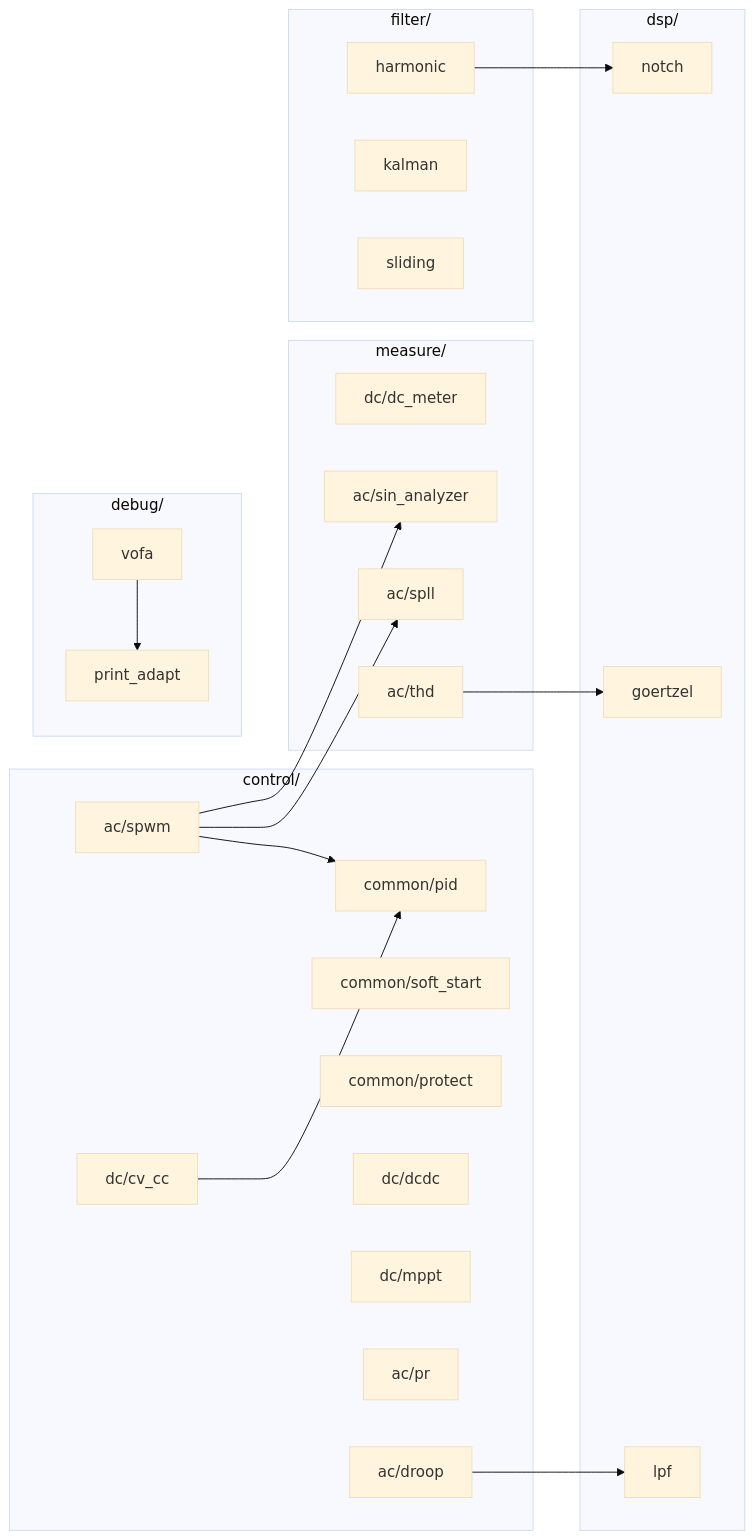
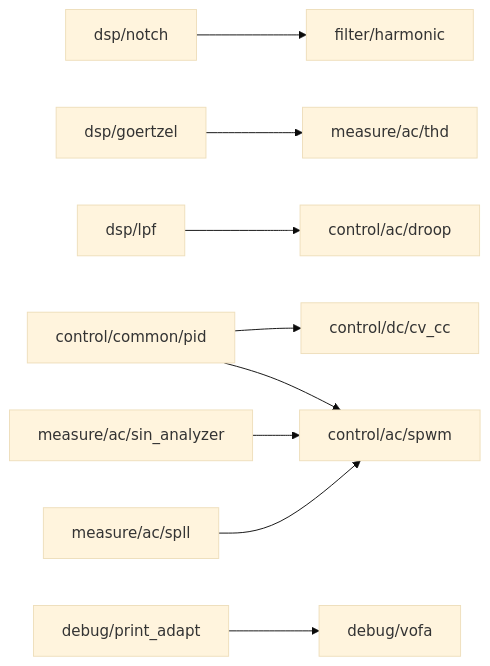
Before and after one commit to Gold-RsC/diansai_learning: the second of 3 diagrams in README.md, drawn with Mermaid (base theme). The commit also changed other lines of this file, not shown here.

First line of the commit message:
docs: README 依赖图简化

````diff
--- a/README.md
+++ b/README.md
@@ -72,49 +43,13 @@
 ```mermaid
 flowchart LR
-    subgraph DSP["dsp/"]
-        NOTCH["notch"]
-        GOERTZEL["goertzel"]
-        LPF["lpf"]
-    end
+    NOTCH["dsp/notch"] --> HARMONIC["filter/harmonic"]
+    GOERTZEL["dsp/goertzel"] --> THD["measure/ac/thd"]
+    LPF["dsp/lpf"] --> DROOP["control/ac/droop"]
 
-    subgraph FIL["filter/"]
-        HARMONIC["harmonic"]
-        KALMAN["kalman"]
-        SLIDING["sliding"]
-    end
+    PID["control/common/pid"] --> CVCC["control/dc/cv_cc"]
+    PID --> SPWM["control/ac/spwm"]
+    SIN["measure/ac/sin_analyzer"] --> SPWM
+    SPLL["measure/ac/spll"] --> SPWM
 
-    subgraph CTRL["control/"]
-        PID["common/pid"]
-        SOFT["common/soft_start"]
-        PROT["common/protect"]
-        DCDC["dc/dcdc"]
-        CVCC["dc/cv_cc"]
-        MPPT["dc/mppt"]
-        PR["ac/pr"]
-        DROOP["ac/droop"]
-        SPWM["ac/spwm"]
-    end
-
-    subgraph MEAS["measure/"]
-        DCM["dc/dc_meter"]
-        SIN["ac/sin_analyzer"]
-        SPLL["ac/spll"]
-        THD["ac/thd"]
-    end
-
-    subgraph DBG["debug/"]
-        PRINT["print_adapt"]
-        VOFA["vofa"]
-    end
-
-    HARMONIC --> NOTCH
-    THD      --> GOERTZEL
-    DROOP    --> LPF
-
-    CVCC --> PID
-    SPWM --> PID
-    SPWM --> SIN
-    SPWM --> SPLL
-
-    VOFA --> PRINT
+    PRINT["debug/print_adapt"] --> VOFA["debug/vofa"]
 ```
````
